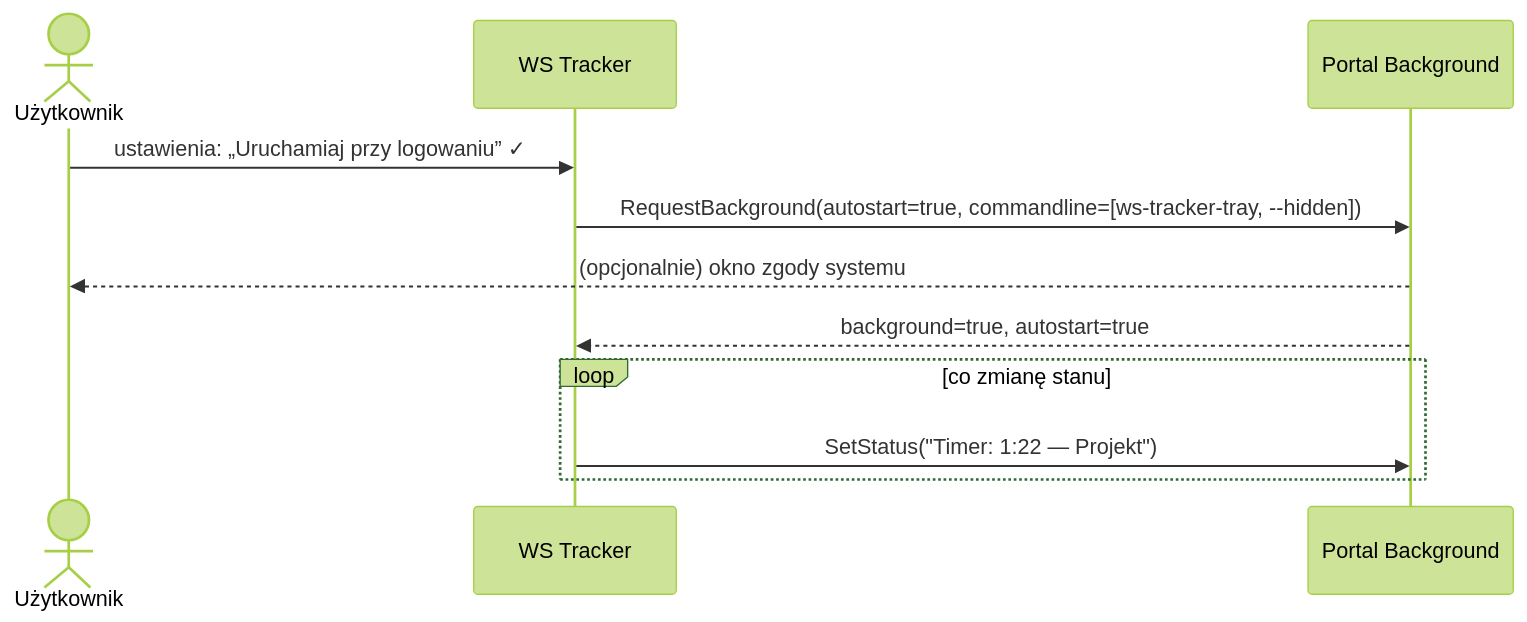
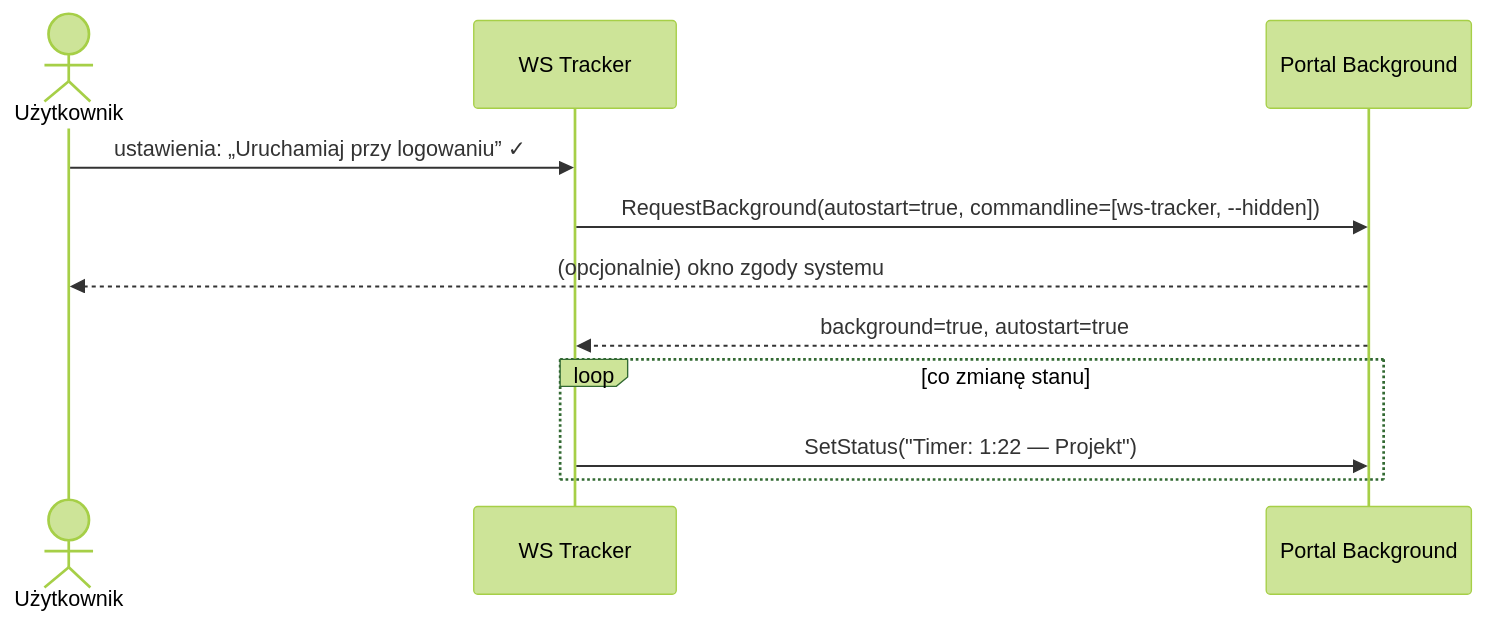
Before and after one commit to DragonKing026/DK-Tracker-Linux: the diagram in docs/integracje/xdg-portale.md, drawn with Mermaid (forest theme). The commit also changed other lines of this file and 61 other files, not shown here.

````diff
--- a/docs/integracje/xdg-portale.md
+++ b/docs/integracje/xdg-portale.md
@@ -41,13 +41,13 @@
 ```mermaid
 sequenceDiagram
     actor U as Użytkownik
     participant App as WS Tracker
     participant P as Portal Background
     U->>App: ustawienia: „Uruchamiaj przy logowaniu” ✓
-    App->>P: RequestBackground(autostart=true, commandline=[ws-tracker-tray, --hidden])
+    App->>P: RequestBackground(autostart=true, commandline=[ws-tracker, --hidden])
     P-->>U: (opcjonalnie) okno zgody systemu
     P-->>App: background=true, autostart=true
     loop co zmianę stanu
         App->>P: SetStatus("Timer: 1:22 — Projekt")
     end
 ```
````
